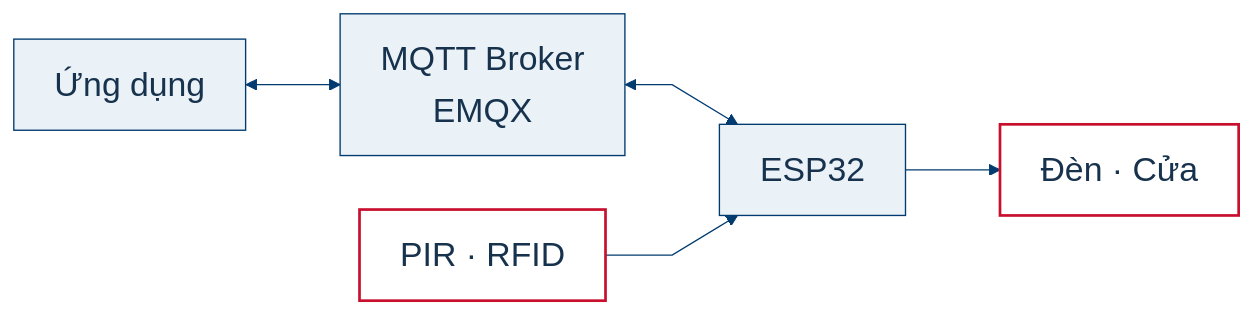
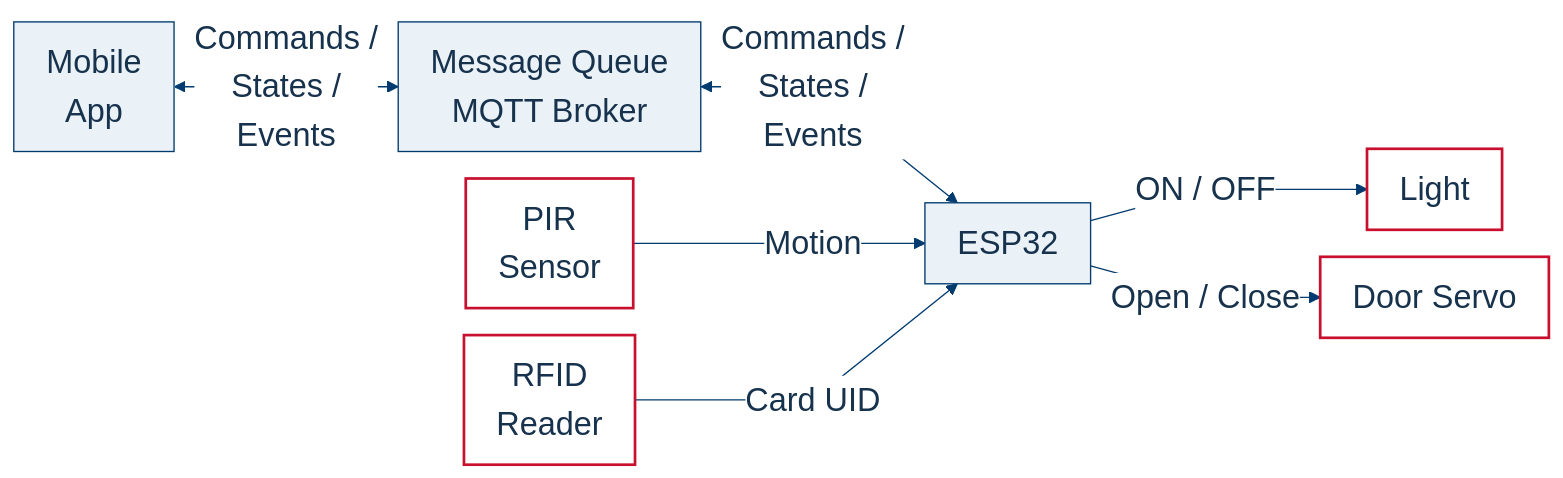
The diagram in report/architecture.mmd (itstheblank/esp32_smart_home), drawn with Mermaid before and after one commit. The commit also changed 4 other files, not shown here.

Commit message:
Update English report and diagrams

```diff
--- a/report/architecture.mmd
+++ b/report/architecture.mmd
@@ -1,10 +1,22 @@
-%% Nguồn Mermaid cho sơ đồ kiến trúc của slide.
-%% Đây là kiến trúc tích hợp mục tiêu, chưa xác nhận nghiệm thu toàn hệ thống.
-%%{init: {'theme': 'base', 'themeVariables': {'fontFamily': 'Arial', 'fontSize': '25px', 'primaryColor': '#eaf1f7', 'primaryTextColor': '#17324d', 'primaryBorderColor': '#003b70', 'lineColor': '#003b70', 'secondaryColor': '#ffffff', 'tertiaryColor': '#ffffff'}, 'flowchart': {'curve': 'linear', 'nodeSpacing': 40, 'rankSpacing': 70}}}%%
+%% Overall architecture for the entire system.
+%% One bidirectional link represents two-way MQTT communication.
+%%{init: {'theme': 'base', 'themeVariables': {'fontFamily': 'Arial', 'fontSize': '24px', 'primaryColor': '#eaf1f7', 'primaryTextColor': '#17324d', 'primaryBorderColor': '#003b70', 'lineColor': '#003b70', 'edgeLabelBackground': '#ffffff', 'secondaryColor': '#ffffff', 'tertiaryColor': '#ffffff'}, 'flowchart': {'curve': 'linear', 'nodeSpacing': 20, 'rankSpacing': 30, 'padding': 12}}}%%
 flowchart LR
-    app["Ứng dụng"] <--> broker["MQTT Broker<br/>EMQX"]
-    broker <--> esp["ESP32"]
-    esp --> devices["Đèn · Cửa"]
-    sensors["PIR · RFID"] --> esp
-    classDef device fill:#ffffff,stroke:#c8102e,stroke-width:2px,color:#17324d;
-    class devices,sensors device;
+    APP["Mobile<br/>App"]
+    MQ["Message Queue<br/>MQTT Broker"]
+    ESP["ESP32"]
+    PIR["PIR<br/>Sensor"]
+    RFID["RFID<br/>Reader"]
+    LIGHT["Light"]
+    DOOR["Door Servo"]
+
+    APP <-->|"Commands /<br/>States /<br/>Events"| MQ
+    MQ <-->|"Commands /<br/>States /<br/>Events"| ESP
+
+    PIR -->|"Motion"| ESP
+    RFID -->|"Card UID"| ESP
+    ESP -->|"ON / OFF"| LIGHT
+    ESP -->|"Open / Close"| DOOR
+
+    classDef hardware fill:#ffffff,stroke:#c8102e,stroke-width:2px,color:#17324d;
+    class PIR,RFID,LIGHT,DOOR hardware;
```
